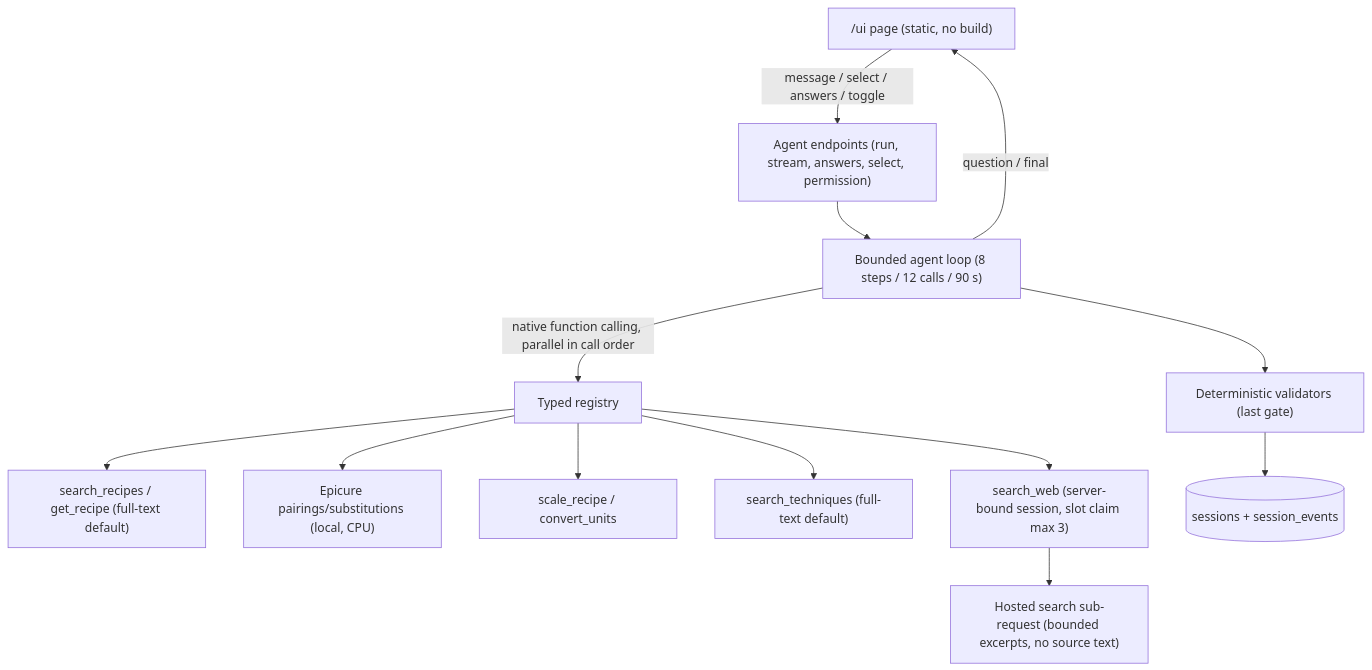
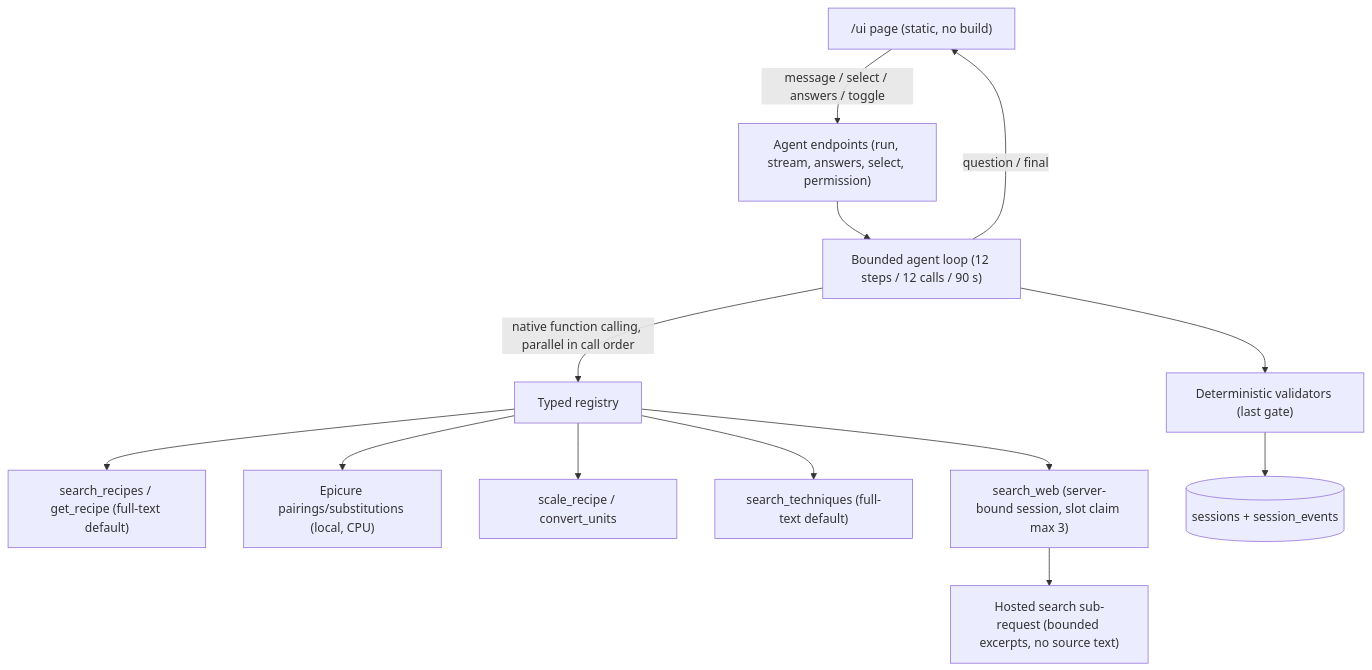
One commit to fssonca/culinary-copilot changed the eighth of 9 diagrams in docs/architecture/request-flows.md. Above: the diagram before and after it, drawn with Mermaid. The commit also changed 24 other files, not shown here.

````diff
--- a/docs/architecture/request-flows.md
+++ b/docs/architecture/request-flows.md
@@ -335,15 +335,15 @@
 ```mermaid
 flowchart TD
     UI["/ui page (static, no build)"] -->|message / select / answers / toggle| AgentAPI["Agent endpoints (run, stream, answers, select, permission)"]
-    AgentAPI --> Loop["Bounded agent loop (8 steps / 12 calls / 90 s)"]
+    AgentAPI --> Loop["Bounded agent loop (12 steps / 12 calls / 90 s)"]
     Loop -->|"native function calling, parallel in call order"| Tools["Typed registry"]
     Tools --> Recipes["search_recipes / get_recipe (full-text default)"]
     Tools --> Epicure["Epicure pairings/substitutions (local, CPU)"]
     Tools --> Measure["scale_recipe / convert_units"]
     Tools --> Tech["search_techniques (full-text default)"]
     Tools --> Web["search_web (server-bound session, slot claim max 3)"]
     Web --> Hosted["Hosted search sub-request (bounded excerpts, no source text)"]
     Loop --> Validate["Deterministic validators (last gate)"]
     Validate --> Events[("sessions + session_events")]
     Loop -->|question / final| UI
 ```
````
